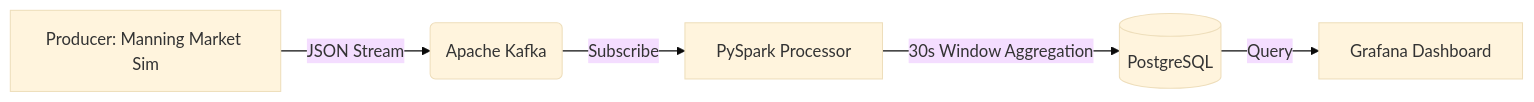
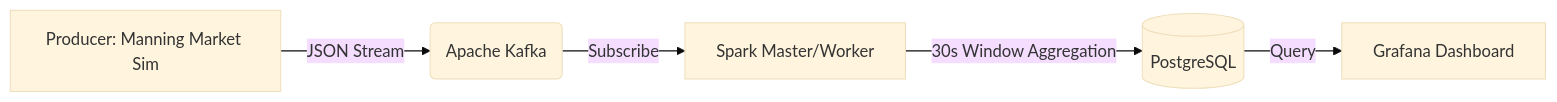
Before and after one commit to SadeepSachintha/Real-Time-Analytics-System: the diagram in README.md, drawn with Mermaid (base theme). The commit also changed other lines of this file, not shown here.

Commit message:
Update README with Dockerized Spark workflow

````diff
--- a/README.md
+++ b/README.md
@@ -15,7 +15,7 @@
 ```mermaid
 graph LR
     A[Producer: Manning Market Sim] -->|JSON Stream| B(Apache Kafka)
-    B -->|Subscribe| C[PySpark Processor]
+    B -->|Subscribe| C[Spark Master/Worker]
     C -->|30s Window Aggregation| D[(PostgreSQL)]
     D -->|Query| E[Grafana Dashboard]
 ```
````
